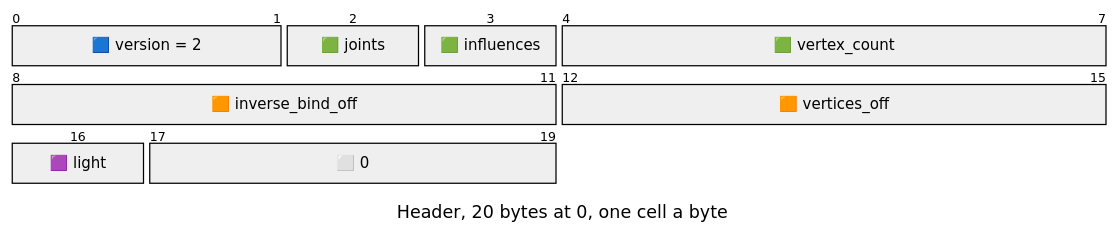
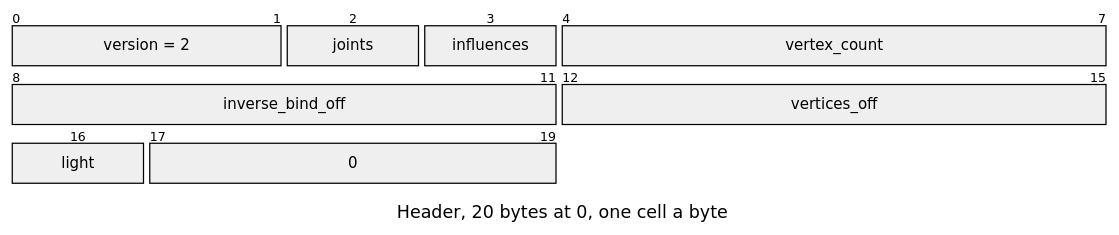
One commit to jose-villegas/autana changed the first of 4 diagrams in docs/assets/formats/SKIN.md. Above: the diagram before and after it, drawn with Mermaid. The commit also changed other lines of this file and 13 other files, not shown here.

Commit message:
formats: fill each packet box by its field's role through themeCSS the role gate writes, replacing the label squares (autana-edcif)

````diff
--- a/docs/assets/formats/SKIN.md
+++ b/docs/assets/formats/SKIN.md
@@ -5,18 +5,19 @@
 ```mermaid
 ---
 config:
+  themeCSS: "g:nth-of-type(2) rect:nth-of-type(1) { fill: #8fb3ee !important; } g:nth-of-type(2) rect:nth-of-type(2) { fill: #93d6b0 !important; } g:nth-of-type(2) rect:nth-of-type(3) { fill: #93d6b0 !important; } g:nth-of-type(2) rect:nth-of-type(4) { fill: #93d6b0 !important; } g:nth-of-type(3) rect:nth-of-type(1) { fill: #f4a885 !important; } g:nth-of-type(3) rect:nth-of-type(2) { fill: #f4a885 !important; } g:nth-of-type(4) rect:nth-of-type(1) { fill: #c7aaee !important; } g:nth-of-type(4) rect:nth-of-type(2) { fill: #ffffff !important; stroke-dasharray: 4 3 !important; } .packetLabel { fill: #1b1b1b !important; }"
   packet:
     bitsPerRow: 8
     bitWidth: 110
 ---
 packet-beta
 title Header, 20 bytes at 0, one cell a byte
-0-1: "🟦 version = 2"
-2: "🟩 joints"
-3: "🟩 influences"
-4-7: "🟩 vertex_count"
-8-11: "🟧 inverse_bind_off"
-12-15: "🟧 vertices_off"
-16: "🟪 light"
-17-19: "⬜ 0"
+0-1: "version = 2"
+2: "joints"
+3: "influences"
+4-7: "vertex_count"
+8-11: "inverse_bind_off"
+12-15: "vertices_off"
+16: "light"
+17-19: "0"
 ```
````
